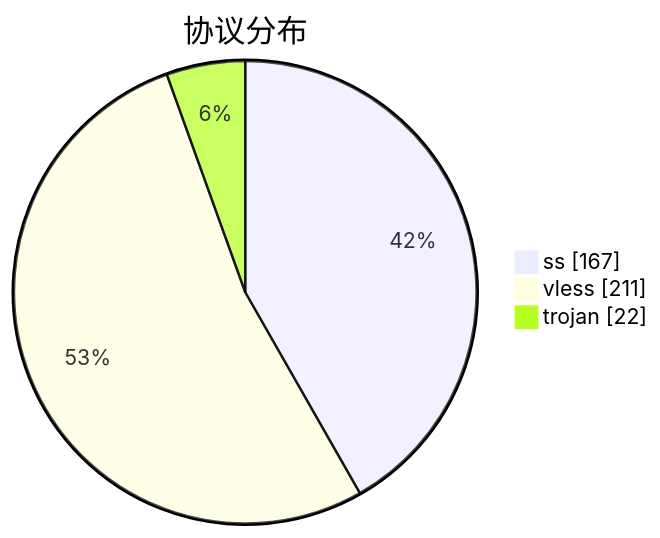
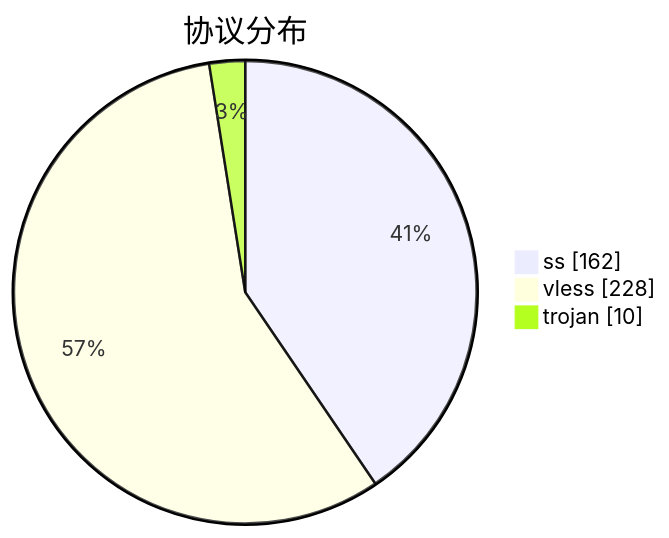
Before and after one commit to qjlxg/airport: the third of 3 diagrams in subs/statistics/tested_within.md, drawn with Mermaid. The commit also changed other lines of this file and 2 other files, not shown here.

````diff
--- a/subs/statistics/tested_within.md
+++ b/subs/statistics/tested_within.md
@@ -37,7 +34,7 @@
 ```mermaid
 pie showData
 title 协议分布
-"ss" : 167
-"vless" : 211
-"trojan" : 22
+"ss" : 162
+"vless" : 228
+"trojan" : 10
 ```
````
